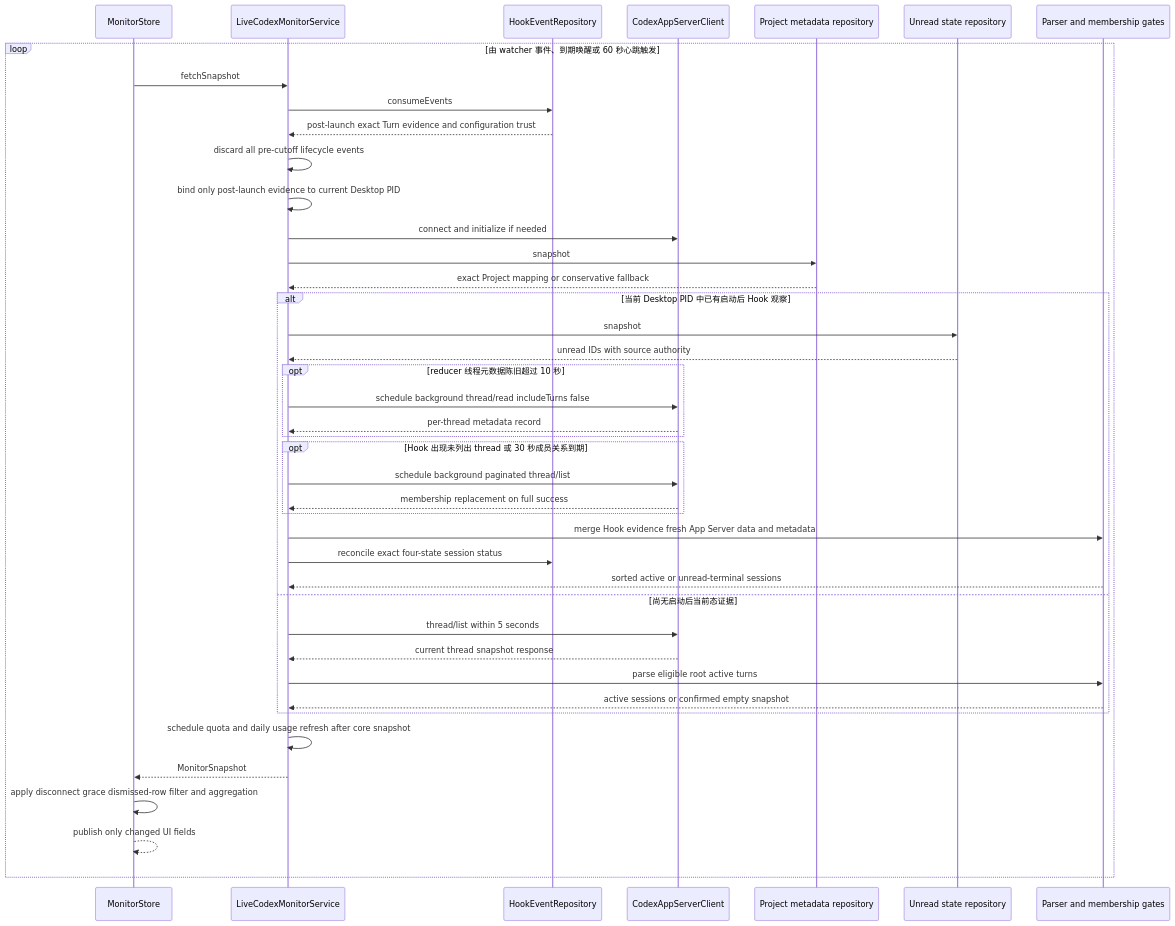
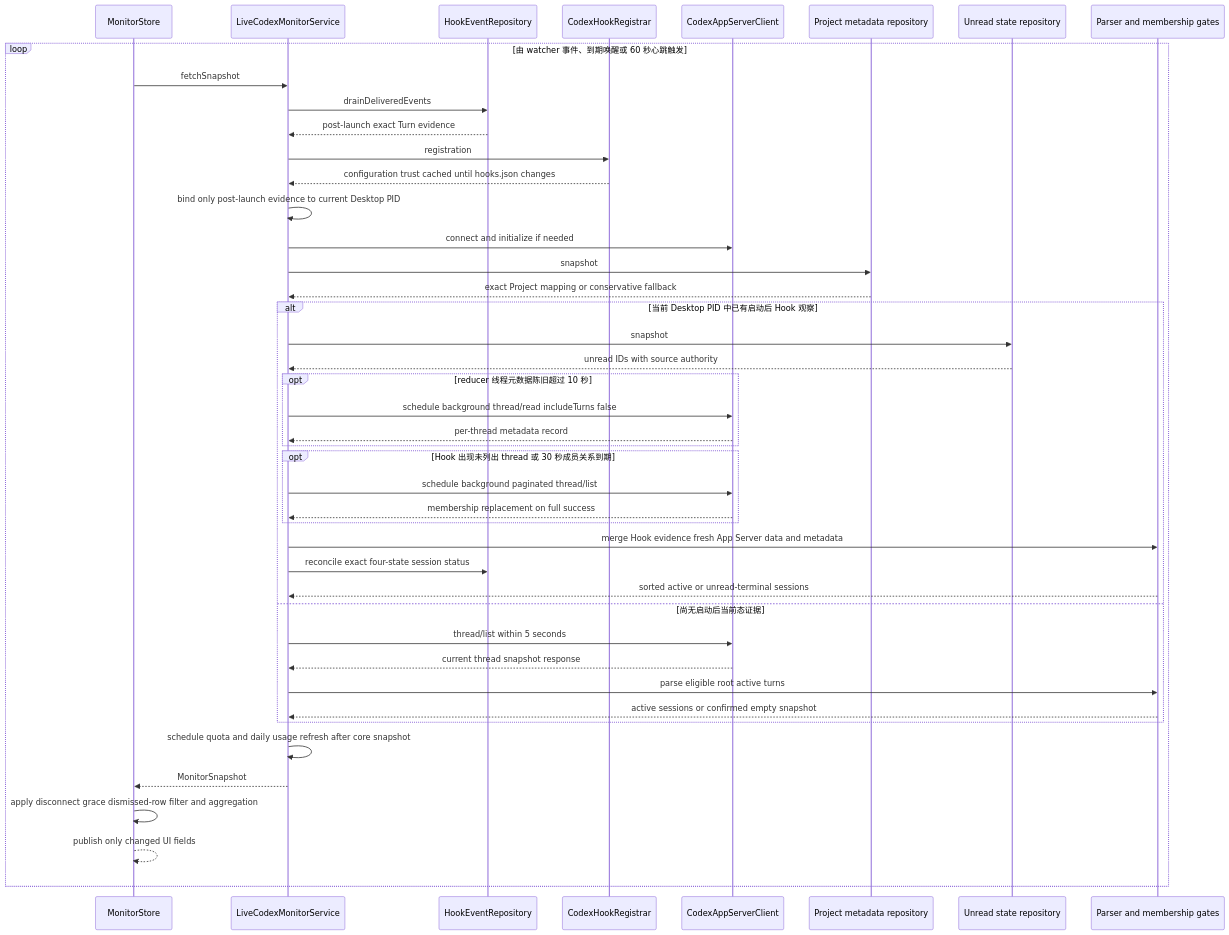
One commit to soondubu137/notchline changed the second of 6 diagrams in docs/system-architecture.md. Above: the diagram before and after it, drawn with Mermaid. The commit also changed other lines of this file and 1 other file, not shown here.

````diff
--- a/docs/system-architecture.md
+++ b/docs/system-architecture.md
@@ -148,47 +148,49 @@
 ```mermaid
 sequenceDiagram
     participant store as MonitorStore
     participant service as LiveCodexMonitorService
     participant hooks as HookEventRepository
+    participant registrar as CodexHookRegistrar
     participant appServer as CodexAppServerClient
     participant project as Project metadata repository
     participant unread as Unread state repository
     participant reducer as Parser and membership gates
 
     loop 由 watcher 事件、到期唤醒或 60 秒心跳触发
         store->>service: fetchSnapshot
-        service->>hooks: consumeEvents
-        hooks-->>service: post-launch exact Turn evidence and configuration trust
-        service->>service: discard all pre-cutoff lifecycle events
+        service->>hooks: drainDeliveredEvents
+        hooks-->>service: post-launch exact Turn evidence
+        service->>registrar: registration
+        registrar-->>service: configuration trust cached until hooks.json changes
         service->>service: bind only post-launch evidence to current Desktop PID
         service->>appServer: connect and initialize if needed
         service->>project: snapshot
         project-->>service: exact Project mapping or conservative fallback
 
         alt 当前 Desktop PID 中已有启动后 Hook 观察
             service->>unread: snapshot
             unread-->>service: unread IDs with source authority
             opt reducer 线程元数据陈旧超过 10 秒
                 service->>appServer: schedule background thread/read includeTurns false
                 appServer-->>service: per-thread metadata record
             end
             opt Hook 出现未列出 thread 或 30 秒成员关系到期
                 service->>appServer: schedule background paginated thread/list
                 appServer-->>service: membership replacement on full success
             end
             service->>reducer: merge Hook evidence fresh App Server data and metadata
             service->>hooks: reconcile exact four-state session status
             reducer-->>service: sorted active or unread-terminal sessions
         else 尚无启动后当前态证据
             service->>appServer: thread/list within 5 seconds
             appServer-->>service: current thread snapshot response
             service->>reducer: parse eligible root active turns
             reducer-->>service: active sessions or confirmed empty snapshot
         end
 
         service->>service: schedule quota and daily usage refresh after core snapshot
         service-->>store: MonitorSnapshot
         store->>store: apply disconnect grace dismissed-row filter and aggregation
         store-->>store: publish only changed UI fields
     end
 ```
````
